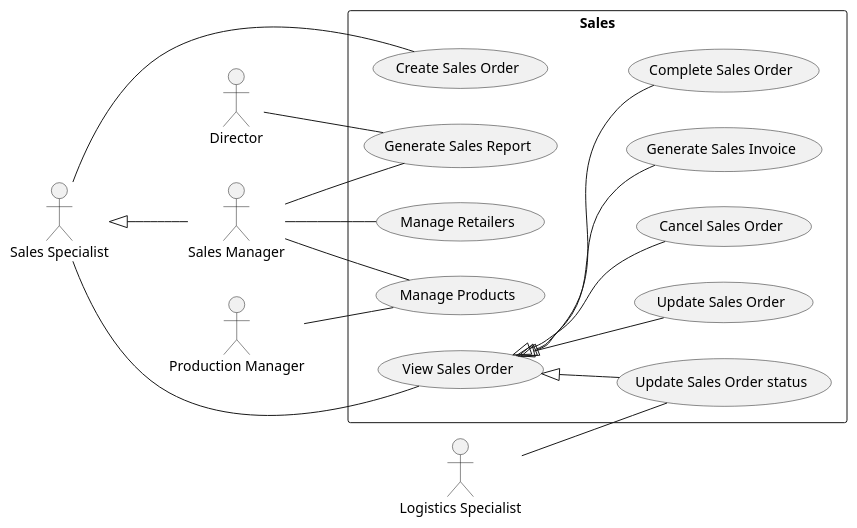
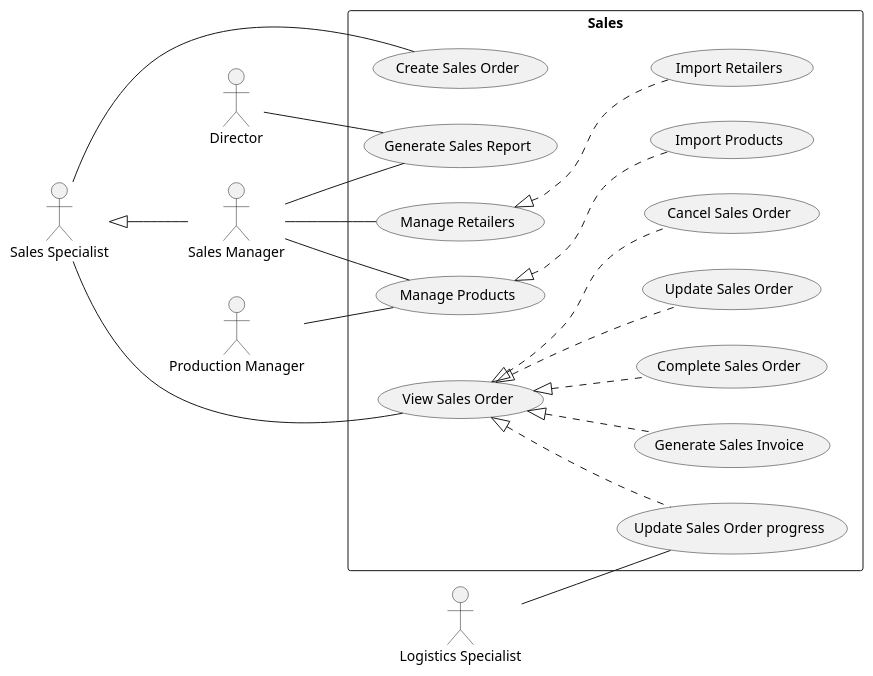
Before and after one commit to phihungha/scmss-reqs: the diagram in use-cases/sales.plantuml, drawn with PlantUML. The commit also changed 4 other files, not shown here.

```diff
--- a/use-cases/sales.plantuml
+++ b/use-cases/sales.plantuml
@@ -1,30 +1,32 @@
 @startuml Sales
 left to right direction
 
 :Director: as d
 
 :Production Manager: as pm
 
 :Sales Specialist: as s
 :Sales Manager: as sm
 s <|-- sm
 
 :Logistics Specialist: as ls
 
 rectangle Sales {
     s -- (Create Sales Order)
     s -- (View Sales Order)
-    (View Sales Order) <|-- (Update Sales Order)
-    (View Sales Order) <|-- (Update Sales Order status)
-    (View Sales Order) <|-- (Cancel Sales Order)
-    ls -- (Update Sales Order status)
-    (View Sales Order) <|-- (Generate Sales Invoice)
-    (View Sales Order) <|-- (Complete Sales Order)
+    (View Sales Order) <|.. (Update Sales Order)
+    (View Sales Order) <|.. (Update Sales Order progress)
+    (View Sales Order) <|.. (Cancel Sales Order)
+    ls -- (Update Sales Order progress)
+    (View Sales Order) <|.. (Generate Sales Invoice)
+    (View Sales Order) <|.. (Complete Sales Order)
 
     sm -- (Generate Sales Report)
     d -- (Generate Sales Report)
     pm -- (Manage Products)
     sm -- (Manage Products)
+    (Manage Products) <|.. (Import Products)
     sm -- (Manage Retailers)
+    (Manage Retailers) <|.. (Import Retailers)
 }
 @enduml
```
